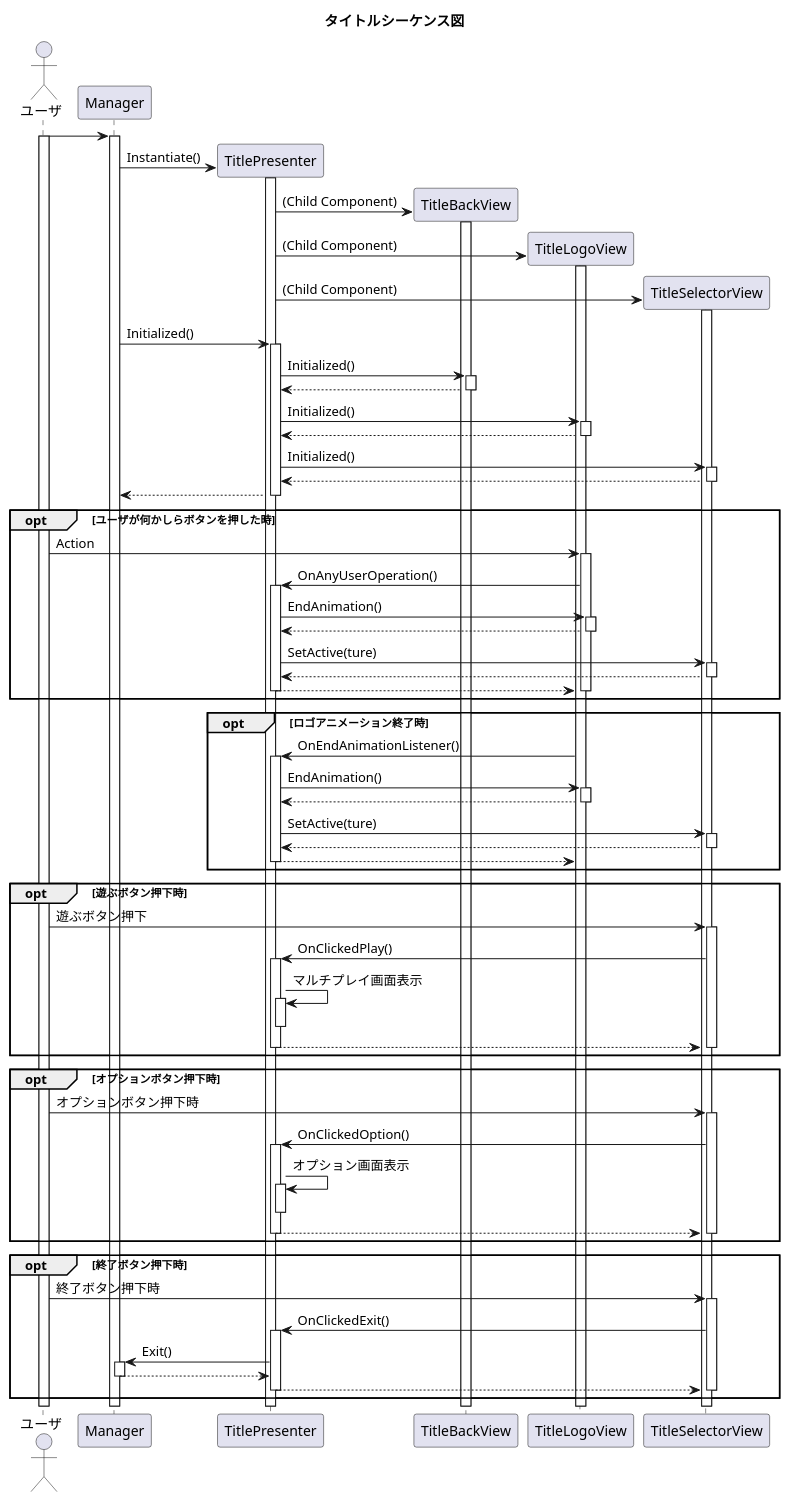
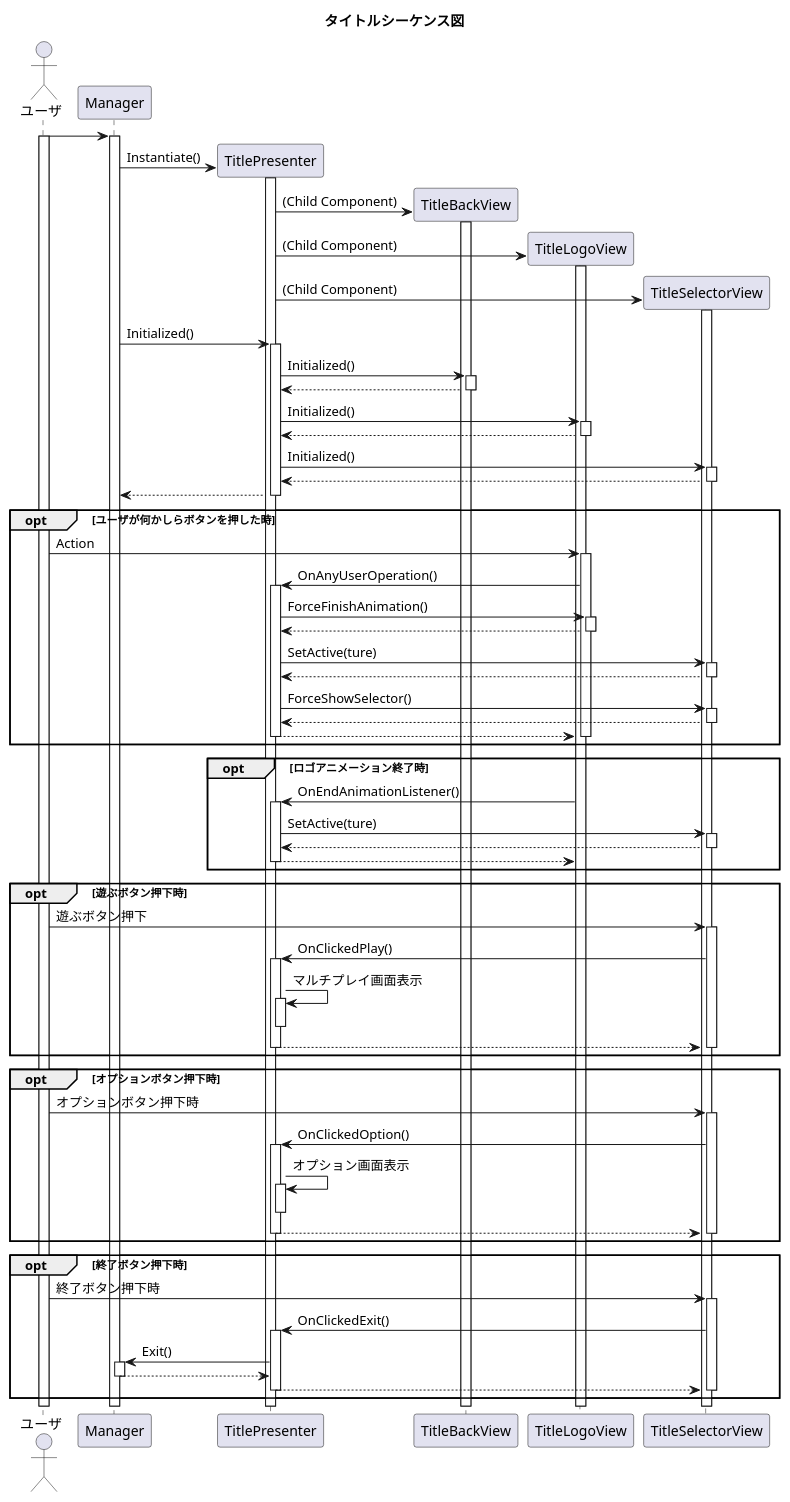
One commit to ShassBeleth/Kamitsuki changed the diagram in Design/UI/Title/Sequence/タイトルシーケンス.pu. Above: the diagram before and after it, drawn with PlantUML. The commit also changed 3 other files, not shown here.

Commit message:
タイトルのシーケンスに合わせてクラス図修正 レイアウト補助追加

```diff
--- a/Design/UI/Title/Sequence/タイトルシーケンス.pu
+++ b/Design/UI/Title/Sequence/タイトルシーケンス.pu
@@ -1,151 +1,151 @@
 @startuml
 
 title タイトルシーケンス図
 
 actor ユーザ
 
 ユーザ -> Manager
 activate ユーザ
 activate Manager
 
 create TitlePresenter
 Manager -> TitlePresenter : Instantiate()
 activate TitlePresenter
 
 create TitleBackView
 TitlePresenter -> TitleBackView : (Child Component)
 activate TitleBackView
 
 create TitleLogoView
 TitlePresenter -> TitleLogoView : (Child Component)
 activate TitleLogoView
 
 create TitleSelectorView
 TitlePresenter -> TitleSelectorView : (Child Component)
 activate TitleSelectorView
 
 Manager -> TitlePresenter : Initialized()
 activate TitlePresenter
 
 TitlePresenter -> TitleBackView : Initialized()
 activate TitleBackView
 TitlePresenter <-- TitleBackView
 deactivate TitleBackView
 
 TitlePresenter -> TitleLogoView : Initialized()
 activate TitleLogoView
 TitlePresenter <-- TitleLogoView
 deactivate TitleLogoView
 
 TitlePresenter -> TitleSelectorView : Initialized()
 activate TitleSelectorView
 TitlePresenter <-- TitleSelectorView
 deactivate TitleSelectorView
 
 Manager <-- TitlePresenter
 deactivate TitlePresenter
 
 opt ユーザが何かしらボタンを押した時
 
     ユーザ -> TitleLogoView : Action
     activate TitleLogoView
 
     TitlePresenter <- TitleLogoView : OnAnyUserOperation()
     activate TitlePresenter
 
-    TitlePresenter -> TitleLogoView : EndAnimation()
+    TitlePresenter -> TitleLogoView : ForceFinishAnimation()
     activate TitleLogoView
     TitlePresenter <-- TitleLogoView
     deactivate TitleLogoView
 
     TitlePresenter -> TitleSelectorView : SetActive(ture)
+    activate TitleSelectorView
+    TitlePresenter <-- TitleSelectorView
+    deactivate TitleSelectorView
+
+    TitlePresenter -> TitleSelectorView : ForceShowSelector()
     activate TitleSelectorView
     TitlePresenter <-- TitleSelectorView
     deactivate TitleSelectorView
 
     TitlePresenter --> TitleLogoView
     deactivate TitlePresenter
 
     deactivate TitleLogoView
 
 end
 
 opt ロゴアニメーション終了時
 
     TitlePresenter <- TitleLogoView : OnEndAnimationListener()
     activate TitlePresenter
-
-    TitlePresenter -> TitleLogoView : EndAnimation()
-    activate TitleLogoView
-    TitlePresenter <-- TitleLogoView
-    deactivate TitleLogoView
 
     TitlePresenter -> TitleSelectorView : SetActive(ture)
     activate TitleSelectorView
     TitlePresenter <-- TitleSelectorView
     deactivate TitleSelectorView
 
     TitlePresenter --> TitleLogoView
     deactivate TitlePresenter
 
 end
 
 opt 遊ぶボタン押下時
 
     ユーザ -> TitleSelectorView : 遊ぶボタン押下
     activate TitleSelectorView
 
     TitlePresenter <- TitleSelectorView : OnClickedPlay()
     activate TitlePresenter
 
     TitlePresenter -> TitlePresenter : マルチプレイ画面表示
     activate TitlePresenter
     deactivate TitlePresenter
 
     TitlePresenter --> TitleSelectorView
     deactivate TitlePresenter
 
     deactivate TitleSelectorView
 
 end
 
 opt オプションボタン押下時
 
     ユーザ -> TitleSelectorView : オプションボタン押下時
     activate TitleSelectorView
 
     TitlePresenter <- TitleSelectorView : OnClickedOption()
     activate TitlePresenter
 
     TitlePresenter -> TitlePresenter : オプション画面表示
     activate TitlePresenter
     deactivate TitlePresenter
 
     TitlePresenter --> TitleSelectorView
     deactivate TitlePresenter
 
     deactivate TitleSelectorView
 
 end
 
 opt 終了ボタン押下時
 
     ユーザ -> TitleSelectorView : 終了ボタン押下時
     activate TitleSelectorView
 
     TitlePresenter <- TitleSelectorView : OnClickedExit()
     activate TitlePresenter
 
     Manager <- TitlePresenter : Exit()
     activate Manager
     Manager --> TitlePresenter
     deactivate Manager
 
     TitlePresenter --> TitleSelectorView
     deactivate TitlePresenter
 
     deactivate TitleSelectorView
 
 end
 
 @enduml
```
